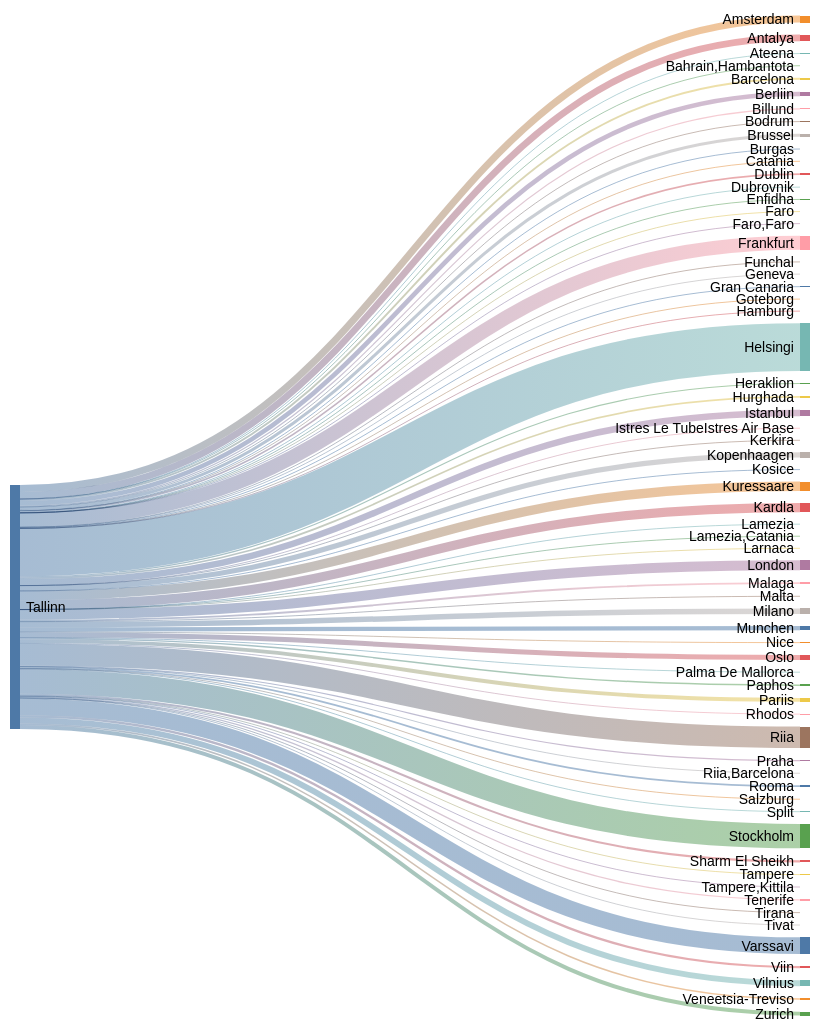
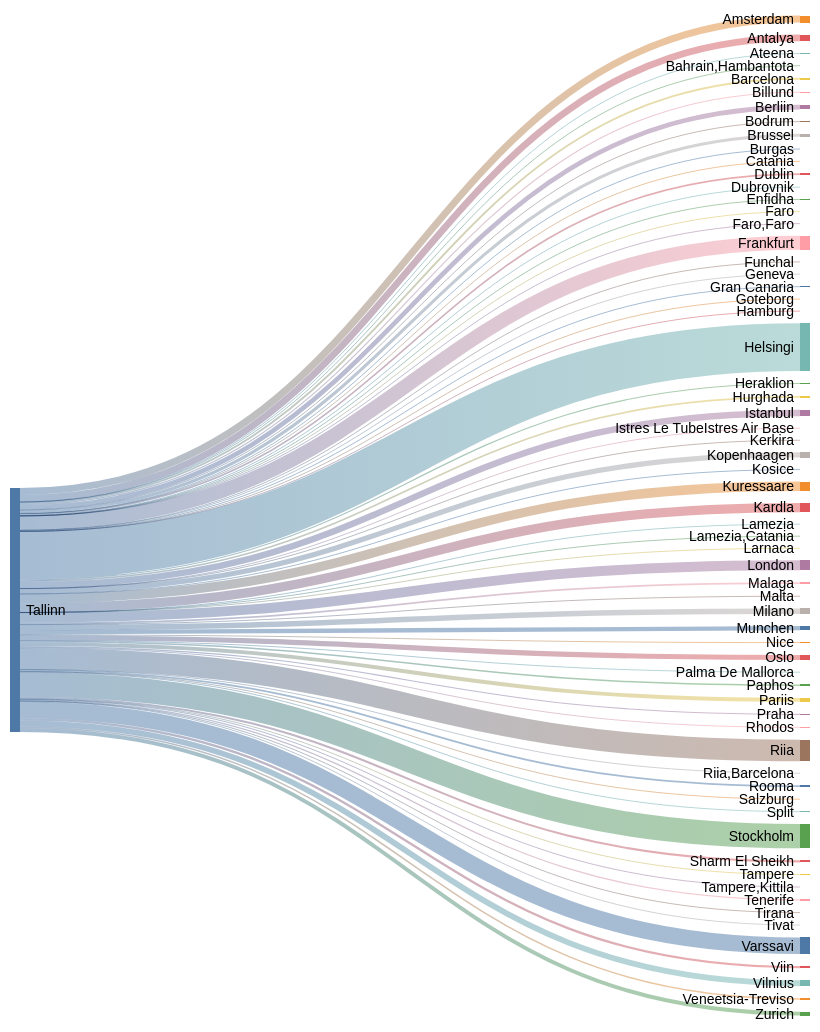
Before and after one commit to rainermesi/tll-airport-departures: the second of 2 diagrams in README.md, drawn with Mermaid (forest theme). The commit also changed other lines of this file and 1 other file, not shown here.

````diff
--- a/README.md
+++ b/README.md
@@ -34,77 +34,77 @@
 ```mermaid
 ---
 config:
   sankey:
     showValues: false
     width: 800
     height: 1000
 ---
 sankey-beta
 %% source,target,value
-Tallinn,Amsterdam,313
-Tallinn,Antalya,303
+Tallinn,Amsterdam,315
+Tallinn,Antalya,305
 Tallinn,Ateena,16
 Tallinn,"Bahrain,Hambantota",1
 Tallinn,Barcelona,86
-Tallinn,Berliin,208
+Tallinn,Berliin,210
 Tallinn,Billund,52
 Tallinn,Bodrum,11
-Tallinn,Brussel,138
+Tallinn,Brussel,139
 Tallinn,Burgas,23
 Tallinn,Catania,2
-Tallinn,Dublin,70
+Tallinn,Dublin,71
 Tallinn,Dubrovnik,21
 Tallinn,Enfidha,7
 Tallinn,Faro,4
 Tallinn,"Faro,Faro",1
-Tallinn,Frankfurt,637
+Tallinn,Frankfurt,640
 Tallinn,Funchal,5
 Tallinn,Geneva,13
 Tallinn,Gran Canaria,38
 Tallinn,Goteborg,1
 Tallinn,Hamburg,2
-Tallinn,Helsingi,2143
-Tallinn,Heraklion,51
+Tallinn,Helsingi,2152
+Tallinn,Heraklion,52
 Tallinn,Hurghada,75
-Tallinn,Istanbul,288
+Tallinn,Istanbul,289
 Tallinn,Istres Le TubeIstres Air Base,2
 Tallinn,Kerkira,4
-Tallinn,Kopenhaagen,235
+Tallinn,Kopenhaagen,238
 Tallinn,Kosice,1
-Tallinn,Kuressaare,416
-Tallinn,Kardla,416
+Tallinn,Kuressaare,417
+Tallinn,Kardla,417
 Tallinn,Lamezia,1
 Tallinn,"Lamezia,Catania",3
 Tallinn,Larnaca,4
-Tallinn,London,444
+Tallinn,London,446
 Tallinn,Malaga,83
 Tallinn,Malta,17
-Tallinn,Milano,247
-Tallinn,Munchen,194
-Tallinn,Nice,27
-Tallinn,Oslo,226
+Tallinn,Milano,248
+Tallinn,Munchen,196
+Tallinn,Nice,28
+Tallinn,Oslo,228
 Tallinn,Palma De Mallorca,21
 Tallinn,Paphos,66
-Tallinn,Pariis,172
-Tallinn,Praha,53
+Tallinn,Pariis,173
+Tallinn,Praha,54
 Tallinn,Rhodos,35
-Tallinn,Riia,966
+Tallinn,Riia,970
 Tallinn,"Riia,Barcelona",1
 Tallinn,Rooma,80
 Tallinn,Salzburg,14
 Tallinn,Sharm El Sheikh,92
-Tallinn,Split,28
-Tallinn,Stockholm,1092
+Tallinn,Split,29
+Tallinn,Stockholm,1098
 Tallinn,Tampere,17
 Tallinn,"Tampere,Kittila",21
 Tallinn,Tenerife,58
 Tallinn,Tirana,8
-Tallinn,Tivat,29
-Tallinn,Varssavi,741
+Tallinn,Tivat,30
+Tallinn,Varssavi,745
 Tallinn,Veneetsia-Treviso,67
 Tallinn,Viin,106
-Tallinn,Vilnius,263
-Tallinn,Zurich,178
+Tallinn,Vilnius,264
+Tallinn,Zurich,179
 
 
 ```
````
